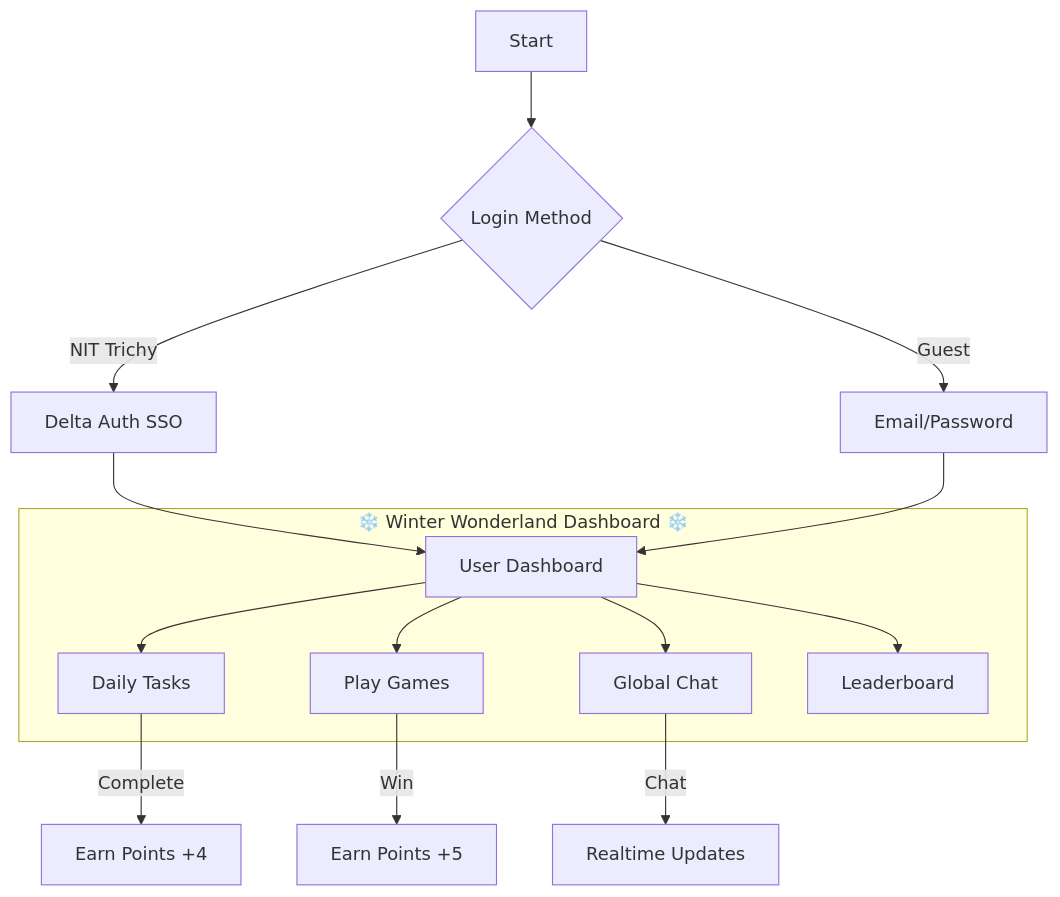
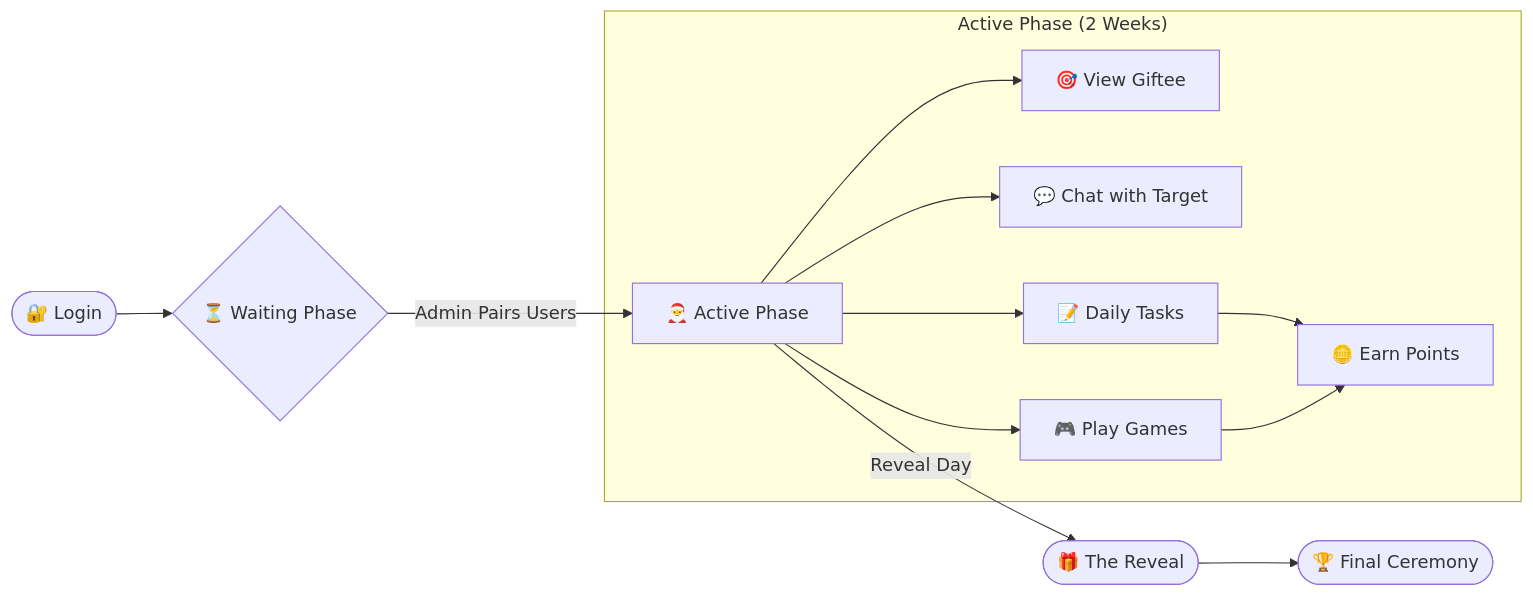
One commit to JACKURUVI99/SecretSanta-2025 changed the diagram in README.md. Above: the diagram before and after it, drawn with Mermaid. The commit also changed other lines of this file and 118 other files, not shown here.

````diff
--- a/README.md
+++ b/README.md
@@ -40,19 +86,18 @@
 ```mermaid
-graph TD
-    A[Start] --> B{Login Method}
-    B -->|NIT Trichy| C[Delta Auth SSO]
-    B -->|Guest| D[Email/Password]
-    C --> E[User Dashboard]
-    D --> E
+graph LR
+    Login([🔐 Login]) --> Waiting{⏳ Waiting Phase}
     
-    subgraph "❄️ Winter Wonderland Dashboard ❄️"
-        E --> F[Daily Tasks]
-        E --> G[Play Games]
-        E --> H[Global Chat]
-        E --> I[Leaderboard]
+    Waiting -->|Admin Pairs Users| Active[🎅 Active Phase]
+    
+    subgraph "Active Phase (2 Weeks)"
+        Active --> SeeTarget[🎯 View Giftee]
+        Active --> AnonChat[💬 Chat with Target]
+        Active --> Tasks[📝 Daily Tasks]
+        Active --> Games[🎮 Play Games]
+        Tasks --> Points[🪙 Earn Points]
+        Games --> Points
     end
     
-    F -->|Complete| J[Earn Points +4]
-    G -->|Win| K[Earn Points +5]
-    H -->|Chat| L[Realtime Updates]
+    Active -->|Reveal Day| Reveal([🎁 The Reveal])
+    Reveal --> Leaderboard([🏆 Final Ceremony])
 ```
````
